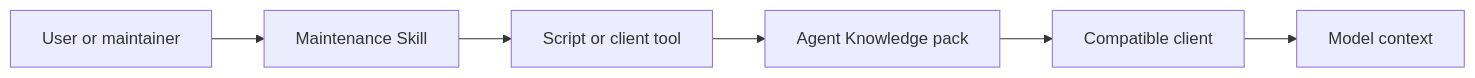
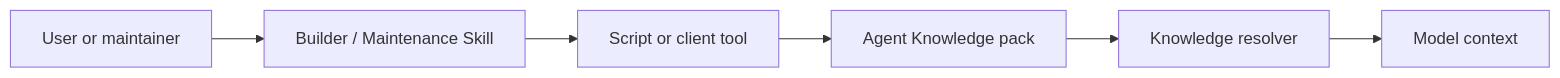
Before and after one commit to limecloud/agentknowledge: the diagram in docs/en/authoring/skills-interop.md, drawn with Mermaid. The commit also changed other lines of this file and 60 other files, not shown here.

````diff
--- a/docs/en/authoring/skills-interop.md
+++ b/docs/en/authoring/skills-interop.md
@@ -17,8 +17,8 @@
 ```mermaid
 flowchart LR
-  User["User or maintainer"] --> Skill["Maintenance Skill"]
+  User["User or maintainer"] --> Skill["Builder / Maintenance Skill"]
   Skill --> Tool["Script or client tool"]
   Tool --> Pack["Agent Knowledge pack"]
-  Pack --> Client["Compatible client"]
-  Client --> Model["Model context"]
+  Pack --> Resolver["Knowledge resolver"]
+  Resolver --> Model["Model context"]
 ```
````
